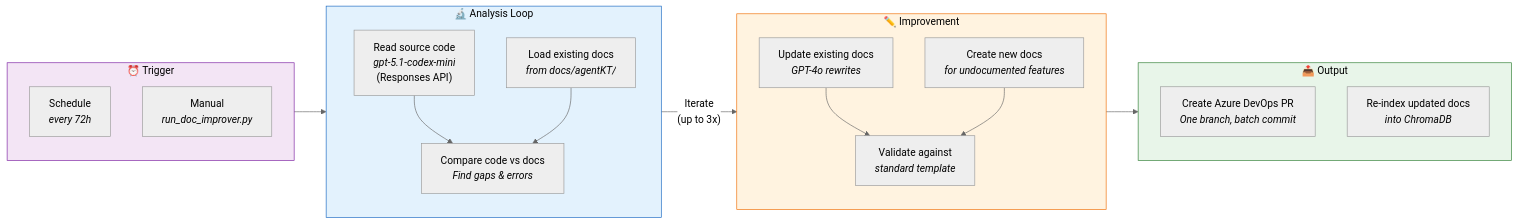
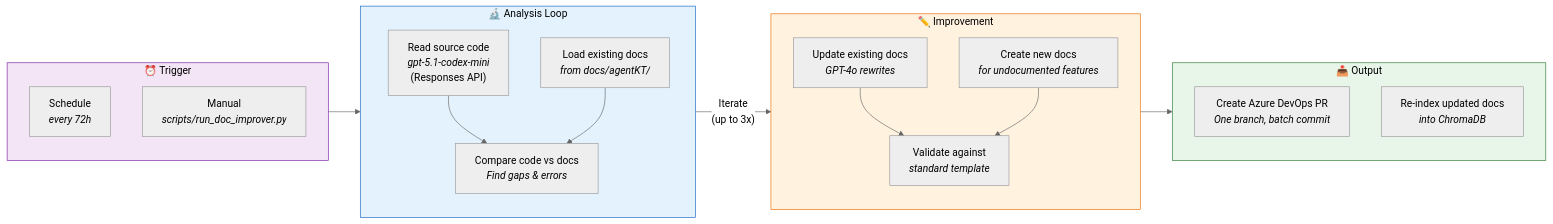
The fifth of 7 diagrams in README.md (koushikmakam-MS/Develop-AI), drawn with Mermaid (neutral theme) before and after one commit. The commit also changed other lines of this file and 25 other files, not shown here.

First line of the commit message:
feat: Agent Hive Architecture + CLI consolidation + bug fixes

````diff
--- a/README.md
+++ b/README.md
@@ -146,40 +279,40 @@
 ```mermaid
 flowchart LR
     subgraph Trigger["⏰ Trigger"]
         Sched["Schedule<br/><i>every 72h</i>"]
-        Manual["Manual<br/><i>run_doc_improver.py</i>"]
+        Manual["Manual<br/><i>scripts/run_doc_improver.py</i>"]
     end
 
     subgraph Analyze["🔬 Analysis Loop"]
         direction TB
         ReadCode["Read source code<br/><i>gpt-5.1-codex-mini</i><br/>(Responses API)"]
         ReadDocs["Load existing docs<br/><i>from docs/agentKT/</i>"]
         Compare["Compare code vs docs<br/><i>Find gaps & errors</i>"]
         ReadCode --> Compare
         ReadDocs --> Compare
     end
 
     subgraph Improve["✏️ Improvement"]
         direction TB
         Update["Update existing docs<br/><i>GPT-4o rewrites</i>"]
         Create["Create new docs<br/><i>for undocumented features</i>"]
         Validate["Validate against<br/><i>standard template</i>"]
         Update --> Validate
         Create --> Validate
     end
 
     subgraph Output["📤 Output"]
         direction TB
         PR["Create Azure DevOps PR<br/><i>One branch, batch commit</i>"]
         Index["Re-index updated docs<br/><i>into ChromaDB</i>"]
     end
 
     Trigger --> Analyze
     Analyze -->|"Iterate<br/>(up to 3x)"| Improve
     Improve --> Output
 
     style Trigger fill:#f3e5f5,stroke:#7b1fa2,color:#000
     style Analyze fill:#e3f2fd,stroke:#1565c0,color:#000
     style Improve fill:#fff3e0,stroke:#ef6c00,color:#000
     style Output fill:#e8f5e9,stroke:#2e7d32,color:#000
 ```
````
